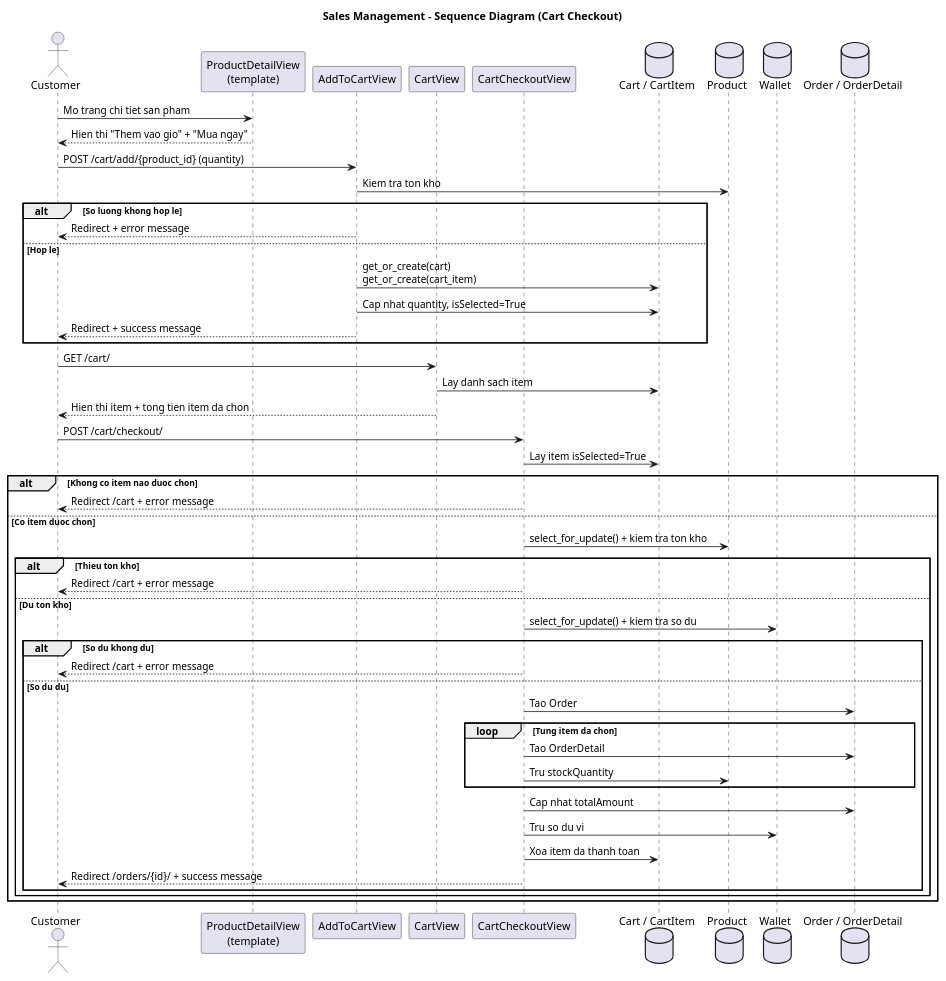
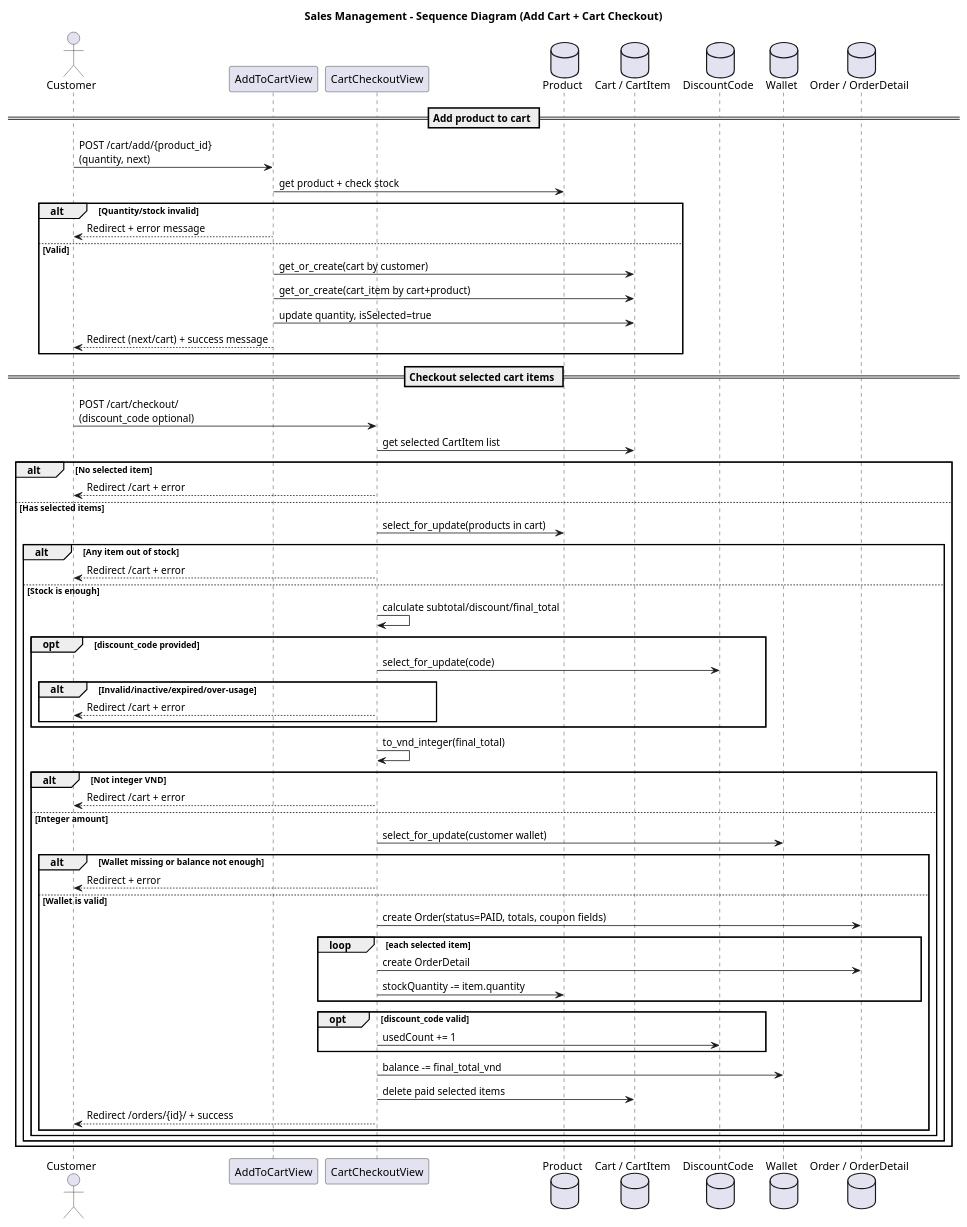
Before and after one commit to ducAnhNotEm/QuanLyBanHang: the diagram in docs/uml/sequence_diagram_purchase.puml, drawn with PlantUML. The commit also changed 14 other files, not shown here.

Commit message:
update diagrams and add product create page

```diff
--- a/docs/uml/sequence_diagram_purchase.puml
+++ b/docs/uml/sequence_diagram_purchase.puml
@@ -1,57 +1,68 @@
 @startuml
-title Sales Management - Sequence Diagram (Cart Checkout)
+title Sales Management - Sequence Diagram (Add Cart + Cart Checkout)
 
 actor Customer
-participant "ProductDetailView\n(template)" as ProductDetail
 participant "AddToCartView" as AddCart
-participant "CartView" as CartView
 participant "CartCheckoutView" as Checkout
+database "Product" as ProductDB
 database "Cart / CartItem" as CartDB
-database "Product" as ProductDB
+database "DiscountCode" as DiscountDB
 database "Wallet" as WalletDB
 database "Order / OrderDetail" as OrderDB
 
-Customer -> ProductDetail: Mo trang chi tiet san pham
-ProductDetail --> Customer: Hien thi "Them vao gio" + "Mua ngay"
-
-Customer -> AddCart: POST /cart/add/{product_id} (quantity)
-AddCart -> ProductDB: Kiem tra ton kho
-alt So luong khong hop le
+== Add product to cart ==
+Customer -> AddCart: POST /cart/add/{product_id}\n(quantity, next)
+AddCart -> ProductDB: get product + check stock
+alt Quantity/stock invalid
   AddCart --> Customer: Redirect + error message
-else Hop le
-  AddCart -> CartDB: get_or_create(cart)\nget_or_create(cart_item)
-  AddCart -> CartDB: Cap nhat quantity, isSelected=True
-  AddCart --> Customer: Redirect + success message
+else Valid
+  AddCart -> CartDB: get_or_create(cart by customer)
+  AddCart -> CartDB: get_or_create(cart_item by cart+product)
+  AddCart -> CartDB: update quantity, isSelected=true
+  AddCart --> Customer: Redirect (next/cart) + success message
 end
 
-Customer -> CartView: GET /cart/
-CartView -> CartDB: Lay danh sach item
-CartView --> Customer: Hien thi item + tong tien item da chon
+== Checkout selected cart items ==
+Customer -> Checkout: POST /cart/checkout/\n(discount_code optional)
+Checkout -> CartDB: get selected CartItem list
+alt No selected item
+  Checkout --> Customer: Redirect /cart + error
+else Has selected items
+  Checkout -> ProductDB: select_for_update(products in cart)
+  alt Any item out of stock
+    Checkout --> Customer: Redirect /cart + error
+  else Stock is enough
+    Checkout -> Checkout: calculate subtotal/discount/final_total
 
-Customer -> Checkout: POST /cart/checkout/
-Checkout -> CartDB: Lay item isSelected=True
-alt Khong co item nao duoc chon
-  Checkout --> Customer: Redirect /cart + error message
-else Co item duoc chon
-  Checkout -> ProductDB: select_for_update() + kiem tra ton kho
-  alt Thieu ton kho
-    Checkout --> Customer: Redirect /cart + error message
-  else Du ton kho
-    Checkout -> WalletDB: select_for_update() + kiem tra so du
-    alt So du khong du
-      Checkout --> Customer: Redirect /cart + error message
-    else So du du
-    Checkout -> OrderDB: Tao Order
-    loop Tung item da chon
-      Checkout -> OrderDB: Tao OrderDetail
-      Checkout -> ProductDB: Tru stockQuantity
+    opt discount_code provided
+      Checkout -> DiscountDB: select_for_update(code)
+      alt Invalid/inactive/expired/over-usage
+        Checkout --> Customer: Redirect /cart + error
+      end
     end
-    Checkout -> OrderDB: Cap nhat totalAmount
-    Checkout -> WalletDB: Tru so du vi
-    Checkout -> CartDB: Xoa item da thanh toan
-    Checkout --> Customer: Redirect /orders/{id}/ + success message
+
+    Checkout -> Checkout: to_vnd_integer(final_total)
+    alt Not integer VND
+      Checkout --> Customer: Redirect /cart + error
+    else Integer amount
+      Checkout -> WalletDB: select_for_update(customer wallet)
+      alt Wallet missing or balance not enough
+        Checkout --> Customer: Redirect + error
+      else Wallet is valid
+        Checkout -> OrderDB: create Order(status=PAID, totals, coupon fields)
+        loop each selected item
+          Checkout -> OrderDB: create OrderDetail
+          Checkout -> ProductDB: stockQuantity -= item.quantity
+        end
+        opt discount_code valid
+          Checkout -> DiscountDB: usedCount += 1
+        end
+        Checkout -> WalletDB: balance -= final_total_vnd
+        Checkout -> CartDB: delete paid selected items
+        Checkout --> Customer: Redirect /orders/{id}/ + success
+      end
     end
   end
 end
 
 @enduml
```
